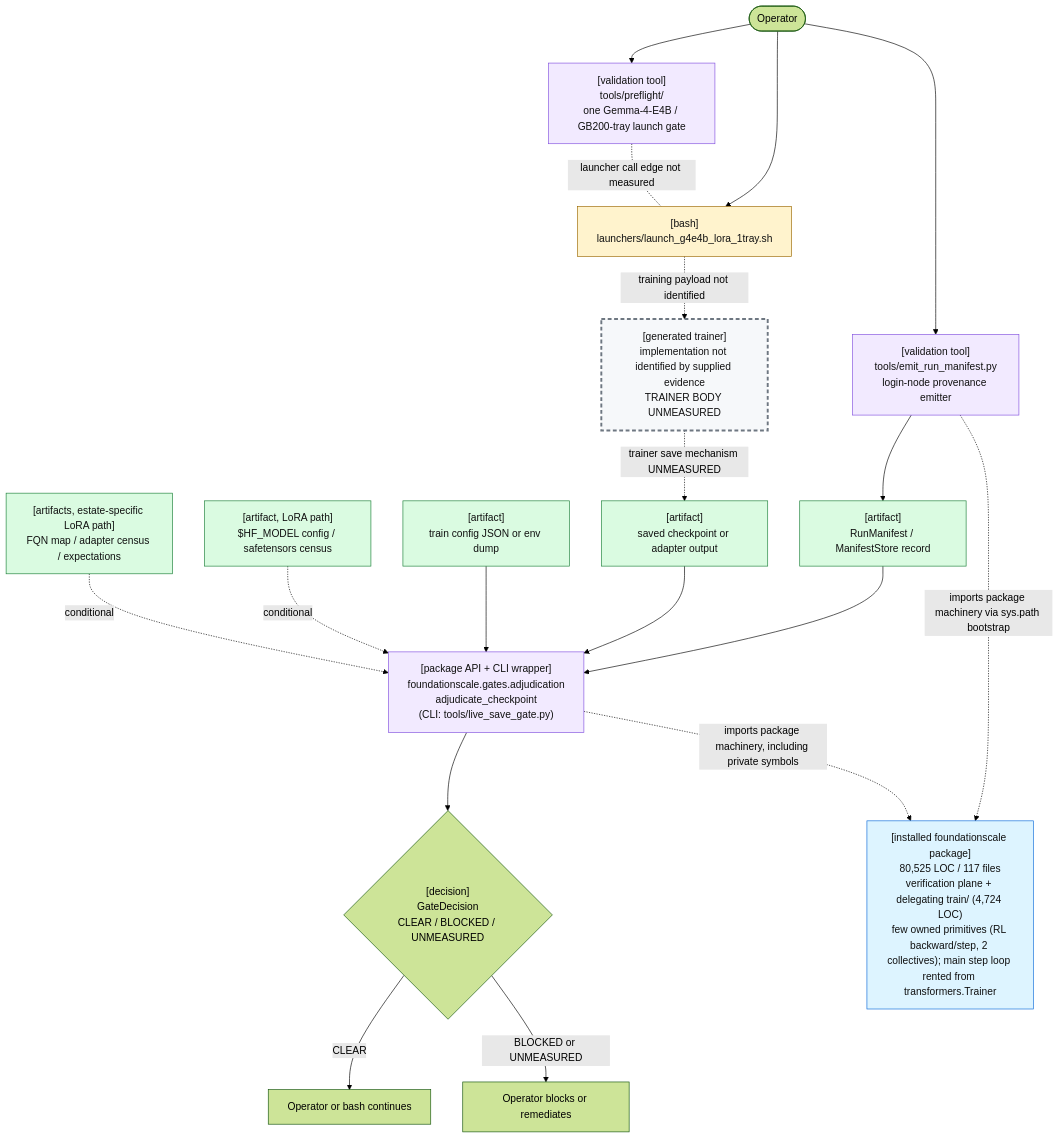
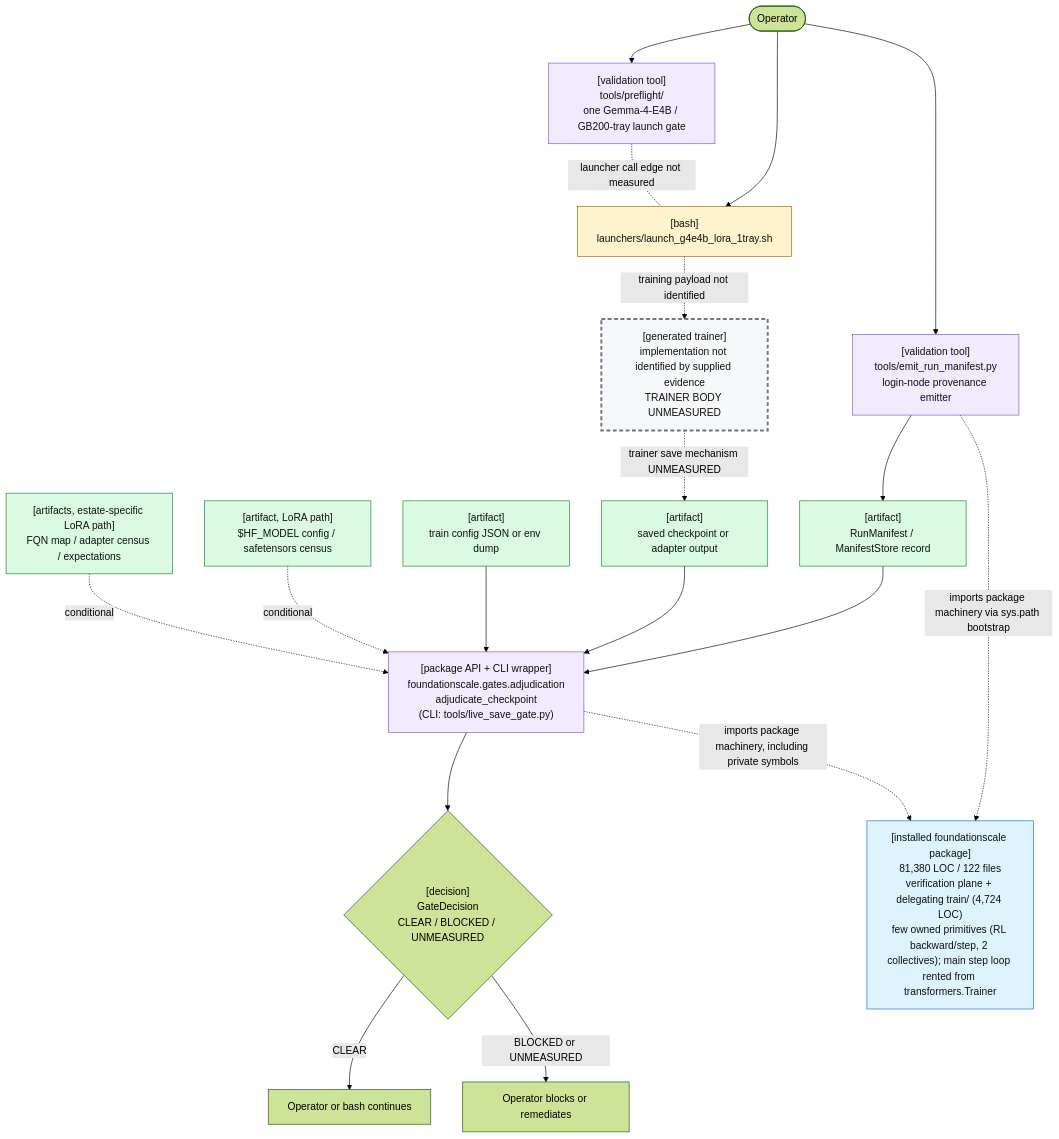
Before and after one commit to TranNhiem/FoundationScale: the first of 2 diagrams in docs/review/D2_current_architecture.md, drawn with Mermaid (forest theme). The commit also changed other lines of this file and 24 other files, not shown here.

````diff
--- a/docs/review/D2_current_architecture.md
+++ b/docs/review/D2_current_architecture.md
@@ -25,59 +25,59 @@
 ```mermaid
 flowchart TB
   O(["Operator"])
 
   PF["[validation tool]<br/>tools/preflight/<br/>one Gemma-4-E4B / GB200-tray launch gate"]
   L["[bash]<br/>launchers/launch_g4e4b_lora_1tray.sh"]
 
   E["[validation tool]<br/>tools/emit_run_manifest.py<br/>login-node provenance emitter"]
   M["[artifact]<br/>RunManifest / ManifestStore record"]
 
   T["[generated trainer]<br/>implementation not identified by supplied evidence<br/>TRAINER BODY UNMEASURED"]
   C["[artifact]<br/>saved checkpoint or adapter output"]
 
   G["[package API + CLI wrapper]<br/>foundationscale.gates.adjudication<br/>adjudicate_checkpoint<br/>(CLI: tools/live_save_gate.py)"]
   CFG["[artifact]<br/>train config JSON or env dump"]
   BASE["[artifact, LoRA path]<br/>$HF_MODEL config / safetensors census"]
   CEN["[artifacts, estate-specific LoRA path]<br/>FQN map / adapter census / expectations"]
 
   D{"[decision]<br/>GateDecision<br/>CLEAR / BLOCKED / UNMEASURED"}
   OK["Operator or bash continues"]
   NO["Operator blocks or remediates"]
 
-  PKG["[installed foundationscale package]<br/>80,525 LOC / 117 files<br/>verification plane + delegating train/ (4,724 LOC)<br/>few owned primitives (RL backward/step, 2 collectives); main step loop rented from transformers.Trainer"]
+  PKG["[installed foundationscale package]<br/>81,380 LOC / 122 files<br/>verification plane + delegating train/ (4,724 LOC)<br/>few owned primitives (RL backward/step, 2 collectives); main step loop rented from transformers.Trainer"]
 
   O --> PF
   O --> L
   PF -. "launcher call edge not measured" .- L
 
   O --> E
   E --> M
 
   L -. "training payload not identified" .-> T
   T -. "trainer save mechanism UNMEASURED" .-> C
 
   M --> G
   C --> G
   CFG --> G
   BASE -. "conditional" .-> G
   CEN -. "conditional" .-> G
 
   E -. "imports package machinery via sys.path bootstrap" .-> PKG
   G -. "imports package machinery, including private symbols" .-> PKG
 
   G --> D
   D -->|"CLEAR"| OK
   D -->|"BLOCKED or UNMEASURED"| NO
 
   classDef bash fill:#fff3cd,stroke:#9a6700,color:#111;
   classDef tool fill:#f2eaff,stroke:#8250df,color:#111;
   classDef artifact fill:#dafbe1,stroke:#1a7f37,color:#111;
   classDef gap fill:#f6f8fa,stroke:#6e7781,stroke-width:3px,stroke-dasharray: 6 4,color:#111;
   classDef pkg fill:#ddf4ff,stroke:#0969da,color:#111;
 
   class L bash;
   class PF,E,G tool;
   class M,C,CFG,BASE,CEN artifact;
   class T gap;
   class PKG pkg;
 ```
````
